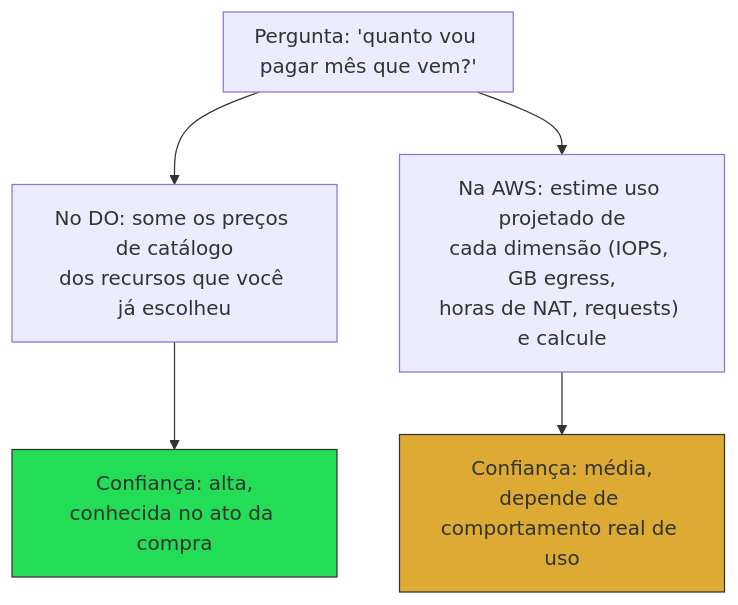
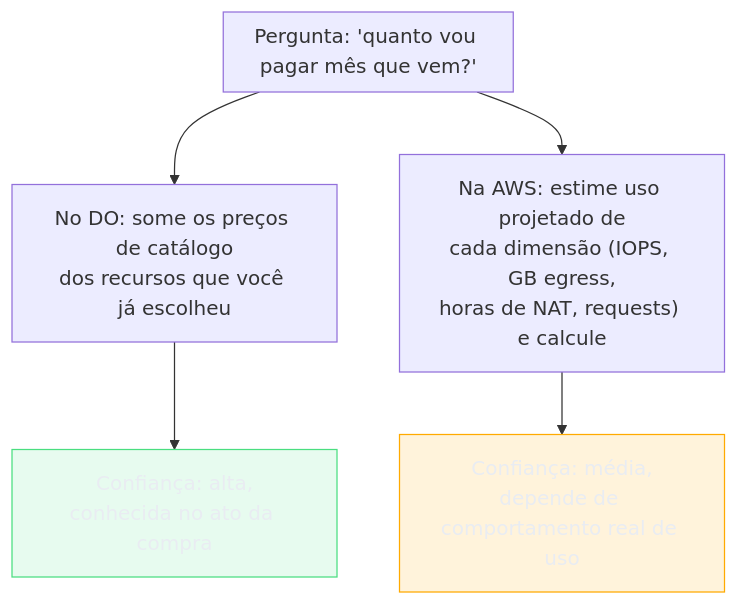
The third of 4 diagrams in 03-Dominios/Tecnologia/Cloud/22 - DigitalOcean a fundo/03 - Pricing previsível como diferencial.md (josenaldo/codex-technomanticus), drawn with Mermaid before and after one commit. The commit also changed other lines of this file and 1181 other files, not shown here.

First line of the commit message:
fix(diagramas): paleta do sistema no lugar de cor cravada no markdown

````diff
--- a/03-Dominios/Tecnologia/Cloud/22 - DigitalOcean a fundo/03 - Pricing previsível como diferencial.md
+++ b/03-Dominios/Tecnologia/Cloud/22 - DigitalOcean a fundo/03 - Pricing previsível como diferencial.md
@@ -142,13 +144,15 @@
 ```mermaid
 flowchart TB
+    classDef ok fill:#4ADE8021,stroke:#4ADE80,color:#E9ECF2
+    classDef destaque fill:#FFAA0024,stroke:#FFAA00,color:#E9ECF2
     subgraph Q1["Pergunta: 'quanto vou pagar mês que vem?'"]
         direction TB
     end
     Q1 --> DO_R["No DO: some os preços de catálogo<br/>dos recursos que você já escolheu"]
     Q1 --> AWS_R["Na AWS: estime uso projetado de<br/>cada dimensão (IOPS, GB egress,<br/>horas de NAT, requests) e calcule"]
     DO_R --> DO_C["Confiança: alta,<br/>conhecida no ato da compra"]
     AWS_R --> AWS_C["Confiança: média,<br/>depende de comportamento real de uso"]
 
-    style DO_C fill:#2d5,stroke:#333
-    style AWS_C fill:#da3,stroke:#333
+    class DO_C ok
+    class AWS_C destaque
 ```
````
